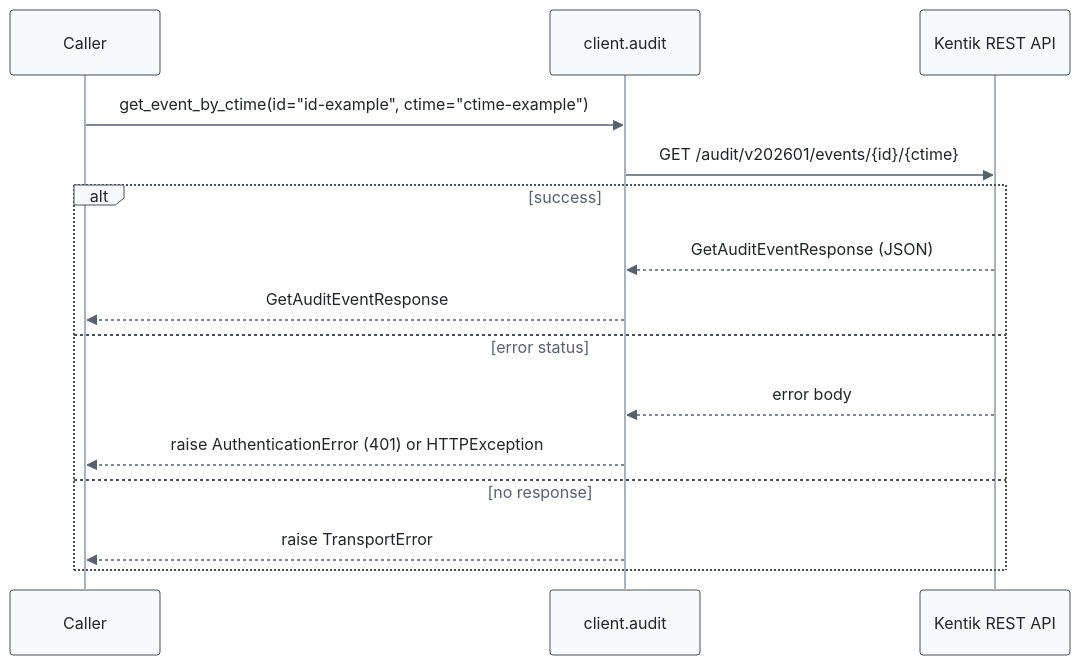
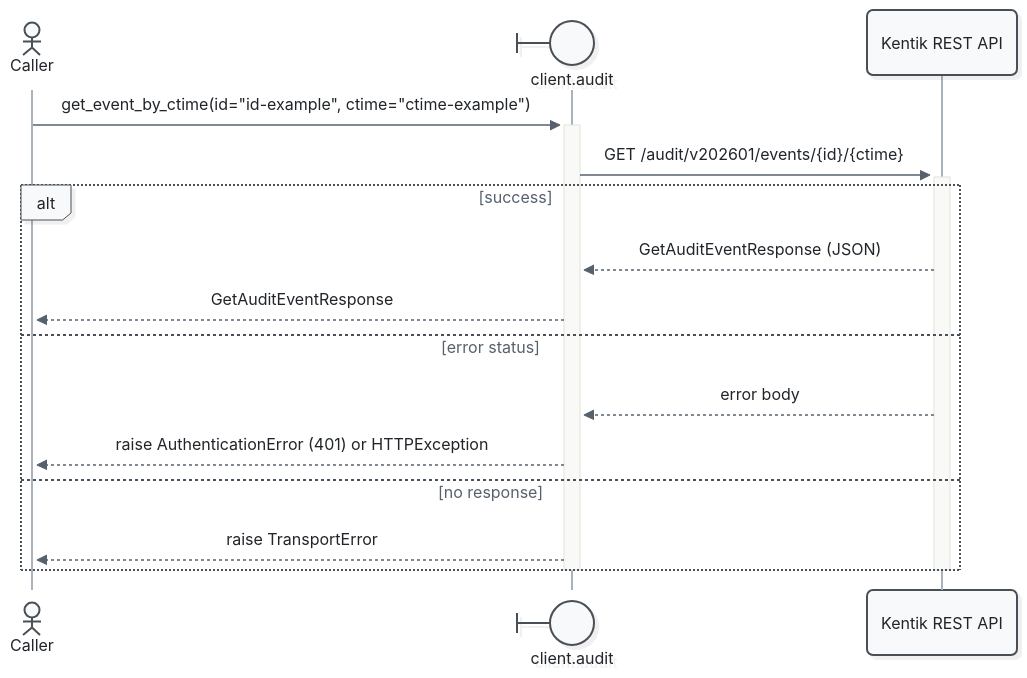
The fifth of 7 diagrams in docs/sphinx/services/audit.md (alexdearaujo/community_sdk_python), drawn with Mermaid before and after one commit. The commit also changed other lines of this file and 52 other files, not shown here.

First line of the commit message:
docs: Mermaid 12 sequence diagrams with participant types and path colors

````diff
--- a/docs/sphinx/services/audit.md
+++ b/docs/sphinx/services/audit.md
@@ -191,19 +201,21 @@
 ```mermaid
-%%{init: {"theme": "base", "fontFamily": "ui-monospace, SFMono-Regular, Menlo, monospace", "themeVariables": {"fontFamily": "ui-monospace, SFMono-Regular, Menlo, monospace", "primaryColor": "#f8f9fa", "primaryBorderColor": "#495057", "primaryTextColor": "#212529", "textColor": "#212529", "lineColor": "#77818c", "edgeLabelBackground": "#ffffff", "actorBkg": "#f8f9fa", "actorBorder": "#495057", "actorTextColor": "#212529", "actorLineColor": "#a9b3be", "signalColor": "#57616d", "signalTextColor": "#212529", "labelBoxBkgColor": "#f8f9fa", "labelBoxBorderColor": "#495057", "labelTextColor": "#212529", "loopTextColor": "#57616d", "noteBkgColor": "#fff9db", "noteBorderColor": "#f08c00", "noteTextColor": "#a35a00"}, "flowchart": {"curve": "step", "nodeSpacing": 30, "rankSpacing": 70, "wrappingWidth": 400}}}%%
+%%{init: {"theme": "redux", "look": "neo", "layout": "dagre", "fontFamily": "ui-monospace, SFMono-Regular, Menlo, monospace", "themeVariables": {"fontFamily": "ui-monospace, SFMono-Regular, Menlo, monospace", "primaryColor": "#f8f9fa", "primaryBorderColor": "#495057", "primaryTextColor": "#212529", "textColor": "#212529", "lineColor": "#77818c", "edgeLabelBackground": "#ffffff", "actorBkg": "#f8f9fa", "actorBorder": "#495057", "actorTextColor": "#212529", "actorLineColor": "#a9b3be", "signalColor": "#57616d", "signalTextColor": "#212529", "labelBoxBkgColor": "#f8f9fa", "labelBoxBorderColor": "#495057", "labelTextColor": "#212529", "loopTextColor": "#57616d", "noteBkgColor": "#fff9db", "noteBorderColor": "#f08c00", "noteTextColor": "#a35a00"}, "sequence": {"activationWidth": 16}, "flowchart": {"curve": "step", "nodeSpacing": 30, "rankSpacing": 70, "wrappingWidth": 400}}}%%
 sequenceDiagram
-    participant C as Caller
-    participant W as client.audit
+    actor C as Caller
+    participant W@{ "type": "boundary" } as client.audit
     participant API as Kentik REST API
 
-    C->>W: get_event_by_ctime(id="id-example", ctime="ctime-example")
-    W->>API: GET /audit/v202601/events/{id}/{ctime}
+    C->>+W: get_event_by_ctime(id="id-example", ctime="ctime-example")
+    W->>+API: GET /audit/v202601/events/{id}/{ctime}
     alt success
         API-->>W: GetAuditEventResponse (JSON)
         W-->>C: GetAuditEventResponse
     else error status
         API-->>W: error body
         W-->>C: raise AuthenticationError (401) or HTTPException
     else no response
         W-->>C: raise TransportError
     end
+    deactivate API
+    deactivate W
 ```
````
